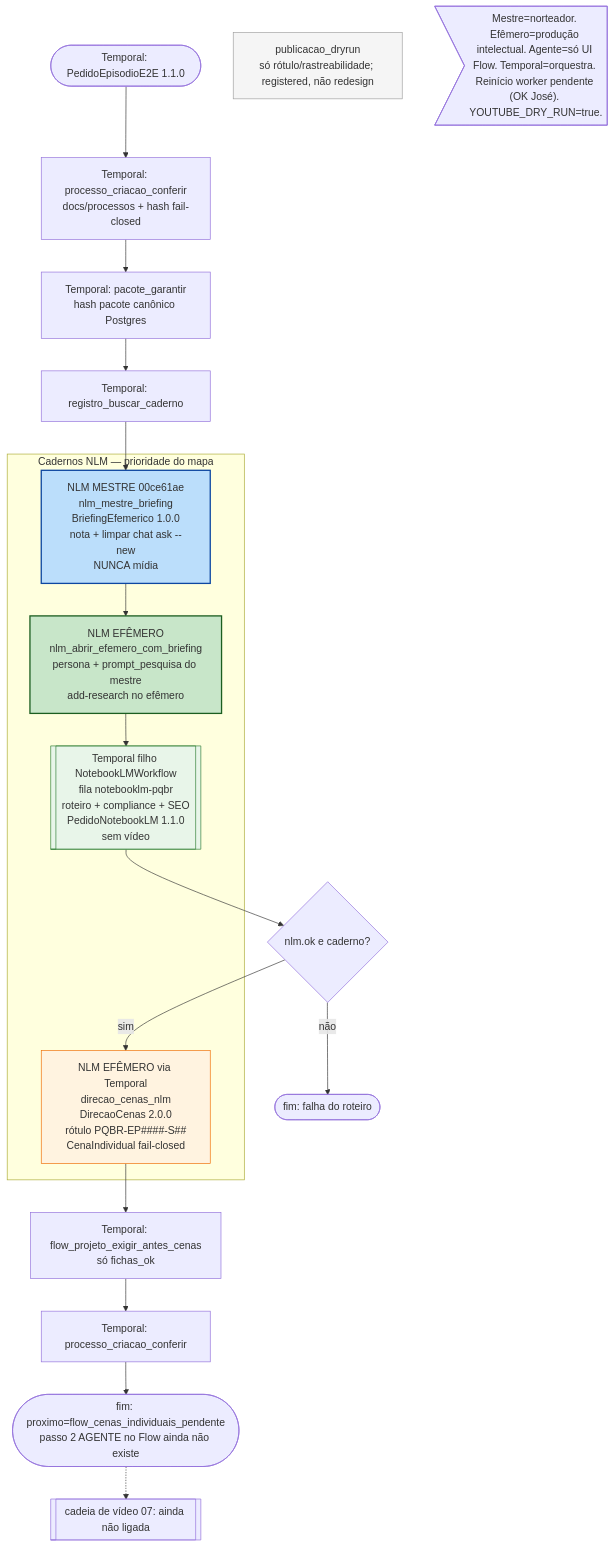
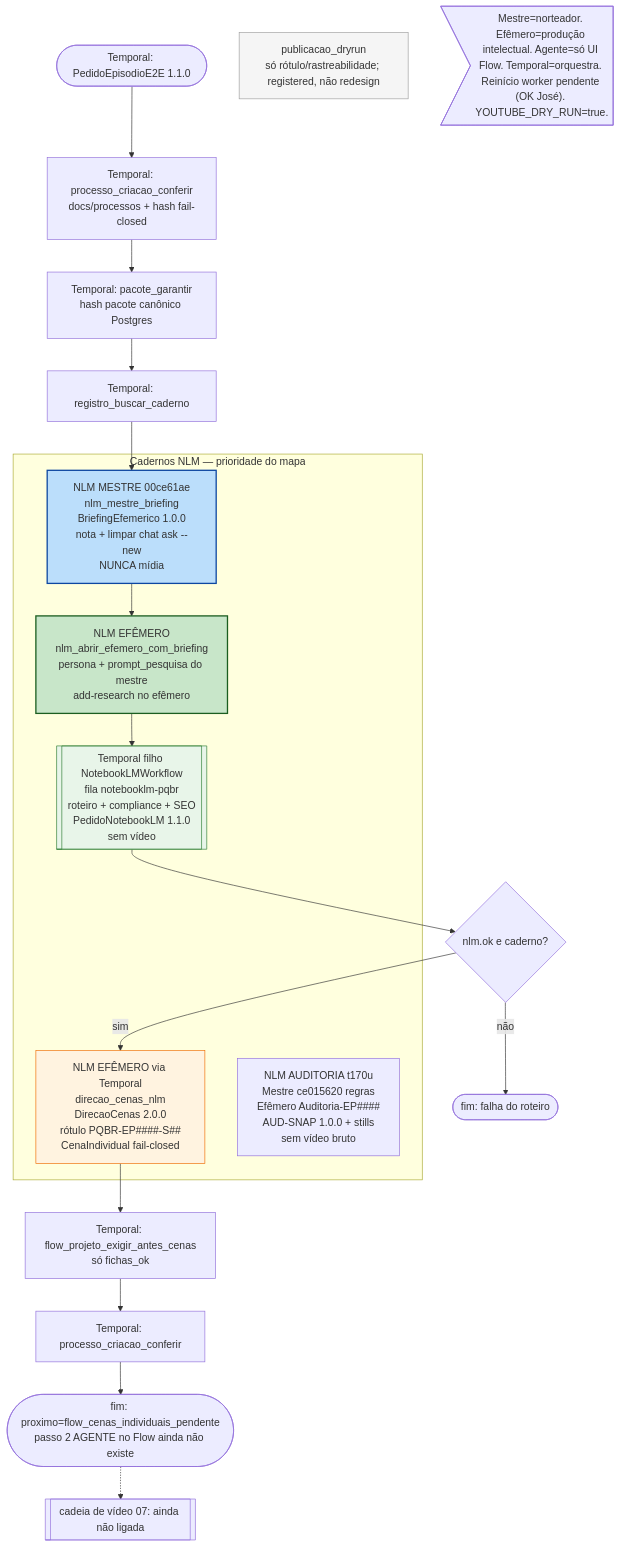
The diagram in docs/mapa/01-episodio.mmd (jvmendesjr/PQBR), drawn with Mermaid before and after one commit. The commit also changed 13 other files, not shown here.

First line of the commit message:
feat(nlm): mestre de auditoria + efêmero por episódio (t170u)

```diff
--- a/docs/mapa/01-episodio.mmd
+++ b/docs/mapa/01-episodio.mmd
@@ -1,34 +1,36 @@
 %% EpisodioWorkflow OFICIAL (src/pqbr/workflows/episodio.py) — fila episodio-pqbr.
+%% Fluxo t170u: auditoria com Mestre de Auditoria ce015620 + Efêmero por episódio (piloto EP1003 e82fc55e). Veredito final fora do caderno.
 %% Fluxo t168u/t169u: prioridade do mapa = etapa DOS CADERNOS (mestre + efêmero).
 %% Mestre 00ce61ae norteador → BriefingEfemerico → efêmero (persona+pesquisa) → roteiro/SEO → DirecaoCenas 2.0.0.
 %% Quem: Temporal orquestra; NLM mestre=briefing (nunca mídia); NLM efêmero=produção intelectual; agente=UI Flow (passo 2 pendente).
 %% Publicação: só coerência rótulo/rastreabilidade (dry-run); sem redesign nesta rodada.
 %% Storyboard removido 29/10/2026. workflows.py EpisodioWorkflow = LEGADO.
 flowchart TD
   S(["Temporal: PedidoEpisodioE2E 1.1.0"]) --> PC["Temporal: processo_criacao_conferir<br/>docs/processos + hash fail-closed"]
   PC --> A1["Temporal: pacote_garantir<br/>hash pacote canônico Postgres"]
   A1 --> A2["Temporal: registro_buscar_caderno"]
   subgraph CAD["Cadernos NLM — prioridade do mapa"]
     BR["NLM MESTRE 00ce61ae<br/>nlm_mestre_briefing<br/>BriefingEfemerico 1.0.0<br/>nota + limpar chat ask --new<br/>NUNCA mídia"]
     EF["NLM EFÊMERO<br/>nlm_abrir_efemero_com_briefing<br/>persona + prompt_pesquisa do mestre<br/>add-research no efêmero"]
     W1[["Temporal filho NotebookLMWorkflow<br/>fila notebooklm-pqbr<br/>roteiro + compliance + SEO<br/>PedidoNotebookLM 1.1.0<br/>sem vídeo"]]
     DIR["NLM EFÊMERO via Temporal<br/>direcao_cenas_nlm<br/>DirecaoCenas 2.0.0<br/>rótulo PQBR-EP####-S##<br/>CenaIndividual fail-closed"]
+    AUDN["NLM AUDITORIA t170u<br/>Mestre ce015620 regras<br/>Efêmero Auditoria-EP####<br/>AUD-SNAP 1.0.0 + stills<br/>sem vídeo bruto"]
   end
   A2 --> BR
   BR --> EF
   EF --> W1
   W1 --> D1{"nlm.ok e caderno?"}
   D1 -- não --> F1(["fim: falha do roteiro"])
   D1 -- sim --> DIR
   DIR --> FP["Temporal: flow_projeto_exigir_antes_cenas<br/>só fichas_ok"]
   FP --> PC2["Temporal: processo_criacao_conferir"]
   PC2 --> FIM(["fim: proximo=flow_cenas_individuais_pendente<br/>passo 2 AGENTE no Flow ainda não existe"])
   PUB["publicacao_dryrun<br/>só rótulo/rastreabilidade; registered, não redesign"]
   N>"Mestre=norteador. Efêmero=produção intelectual. Agente=só UI Flow. Temporal=orquestra. Reinício worker pendente (OK José). YOUTUBE_DRY_RUN=true."]
   CV[["cadeia de vídeo 07: ainda não ligada"]]
   FIM -.-> CV
   style BR fill:#bbdefb,stroke:#0d47a1,stroke-width:2px
   style EF fill:#c8e6c9,stroke:#1b5e20,stroke-width:2px
   style W1 fill:#e8f5e9,stroke:#2e7d32
   style DIR fill:#fff3e0,stroke:#ef6c00
   style PUB fill:#f5f5f5,stroke:#9e9e9e
```
